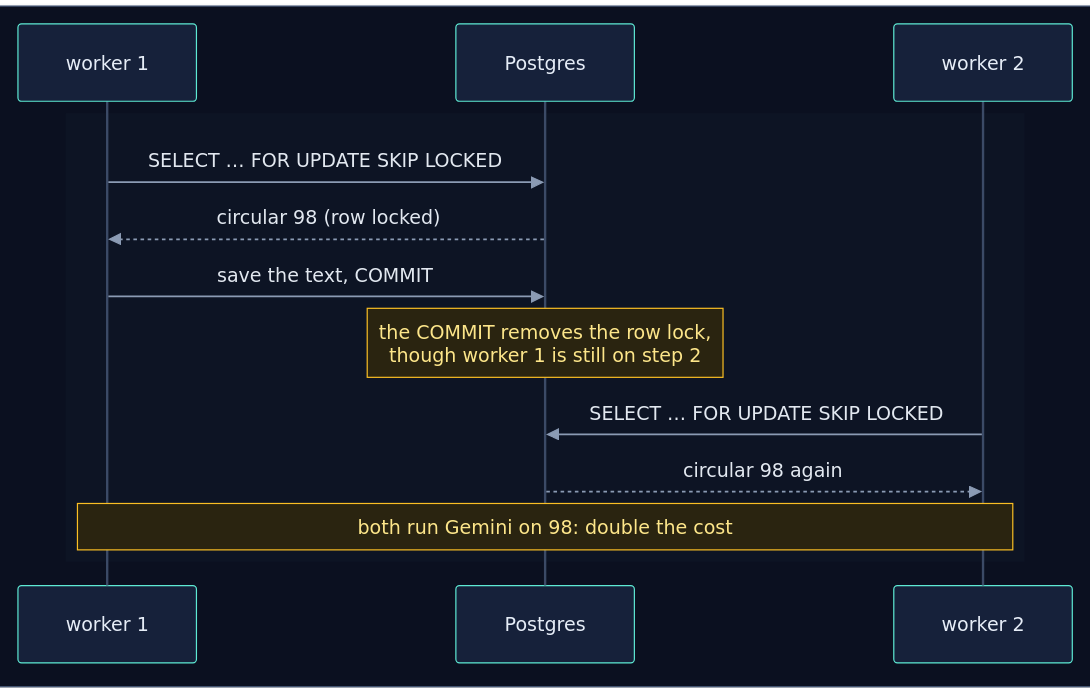
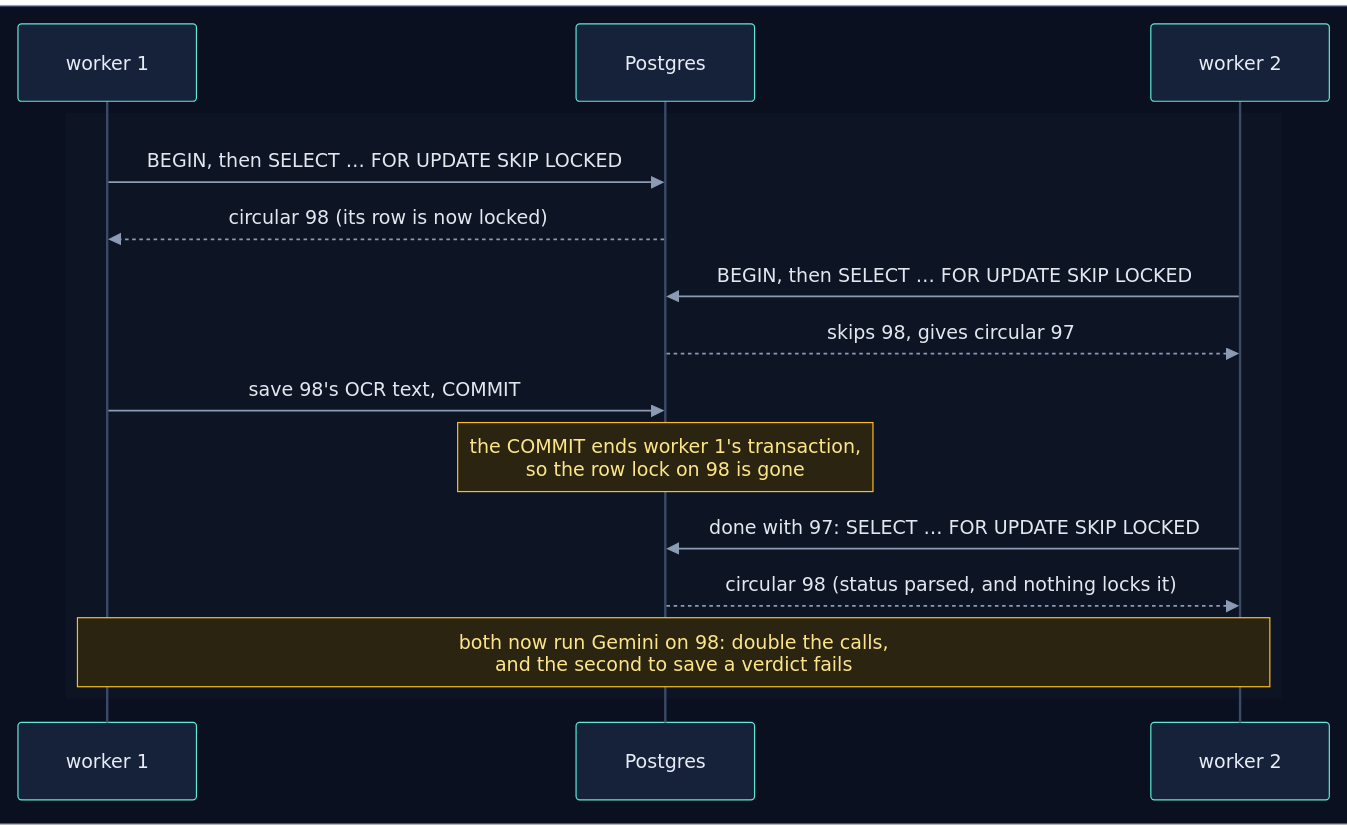
One commit to selvakumarperumal/Regulatory_Circular_Impact_Agent changed diagram 15 of 17 in how_the_worker_works.md. Above: the diagram before and after it, drawn with Mermaid. The commit also changed other lines of this file, not shown here.

Commit message:
Restore the detailed lock explanation

````diff
--- a/how_the_worker_works.md
+++ b/how_the_worker_works.md
@@ -802,19 +901,21 @@
 ```mermaid
 %%{init: {"theme": "base", "sequence": {"diagramMarginX": 0, "diagramMarginY": 0}, "themeVariables": {"darkMode": true, "primaryColor": "#16213a", "primaryTextColor": "#e6edf7", "primaryBorderColor": "#475a7a", "lineColor": "#8b9bb4", "secondaryColor": "#1b2436", "tertiaryColor": "#101a2e", "edgeLabelBackground": "#0f172a", "textColor": "#e2e8f0", "actorBkg": "#16213a", "actorBorder": "#5eead4", "actorTextColor": "#e6edf7", "actorLineColor": "#3b4a66", "signalColor": "#8b9bb4", "signalTextColor": "#e2e8f0", "noteBkgColor": "#2a2410", "noteBorderColor": "#fbbf24", "noteTextColor": "#fde68a", "labelBoxBkgColor": "#1e293b", "labelBoxBorderColor": "#64748b", "labelTextColor": "#e2e8f0", "loopTextColor": "#c4b5fd", "sequenceNumberColor": "#0b1020", "activationBkgColor": "#1e293b"}}}%%
 sequenceDiagram
     box rgb(11, 16, 32)
         participant W1 as worker 1
         participant DB as Postgres
         participant W2 as worker 2
     end
 
     rect rgb(13, 20, 36)
-        W1->>DB: SELECT … FOR UPDATE SKIP LOCKED
-        DB-->>W1: circular 98 (row locked)
-        W1->>DB: save the text, COMMIT
-        Note over DB: the COMMIT removes the row lock,<br/>though worker 1 is still on step 2
-        W2->>DB: SELECT … FOR UPDATE SKIP LOCKED
-        DB-->>W2: circular 98 again
-        Note over W1,W2: both run Gemini on 98: double the cost
+        W1->>DB: BEGIN, then SELECT … FOR UPDATE SKIP LOCKED
+        DB-->>W1: circular 98 (its row is now locked)
+        W2->>DB: BEGIN, then SELECT … FOR UPDATE SKIP LOCKED
+        DB-->>W2: skips 98, gives circular 97
+        W1->>DB: save 98's OCR text, COMMIT
+        Note over DB: the COMMIT ends worker 1's transaction,<br/>so the row lock on 98 is gone
+        W2->>DB: done with 97: SELECT … FOR UPDATE SKIP LOCKED
+        DB-->>W2: circular 98 (status parsed, and nothing locks it)
+        Note over W1,W2: both now run Gemini on 98: double the calls,<br/>and the second to save a verdict fails
     end
 ```
````
